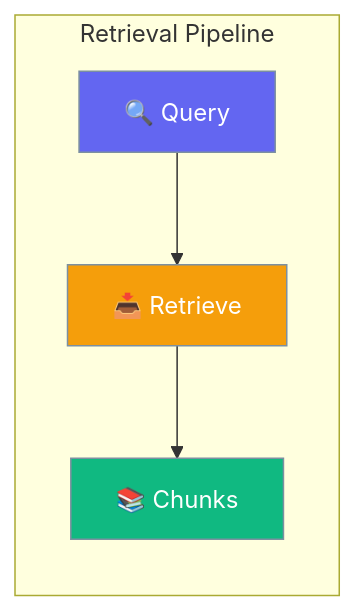
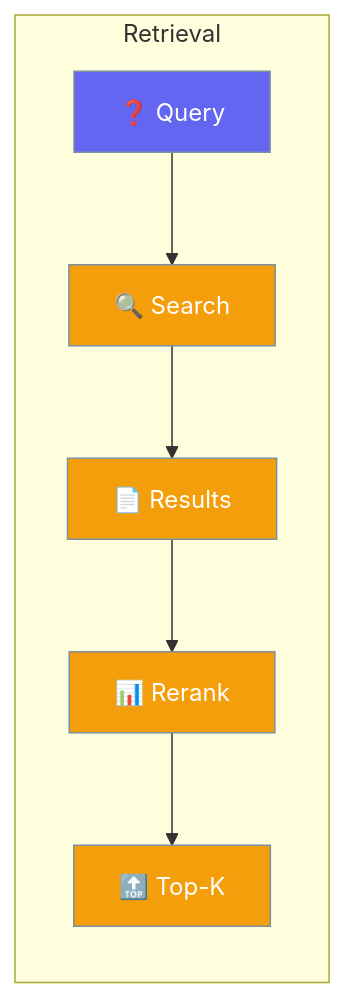
Before and after one commit to MervinPraison/PraisonAIDocs: the diagram in docs/rust/retrieval.mdx, drawn with Mermaid. The commit also changed other lines of this file and 87 other files, not shown here.

````diff
--- a/docs/rust/retrieval.mdx
+++ b/docs/rust/retrieval.mdx
@@ -10,15 +10,15 @@
 ```mermaid
 graph LR
-    subgraph "Retrieval Pipeline"
-        Q[🔍 Query] --> R[📥 Retrieve]
-        R --> C[📚 Chunks]
+    subgraph "Retrieval"
+        Q[❓ Query] --> S[🔍 Search]
+        S --> R[📄 Results]
+        R --> RR[📊 Rerank]
+        RR --> T[🔝 Top-K]
     end
     
     classDef query fill:#6366F1,stroke:#7C90A0,color:#fff
     classDef process fill:#F59E0B,stroke:#7C90A0,color:#fff
-    classDef output fill:#10B981,stroke:#7C90A0,color:#fff
     
     class Q query
-    class R process
-    class C output
+    class S,R,RR,T process
 ```
````
